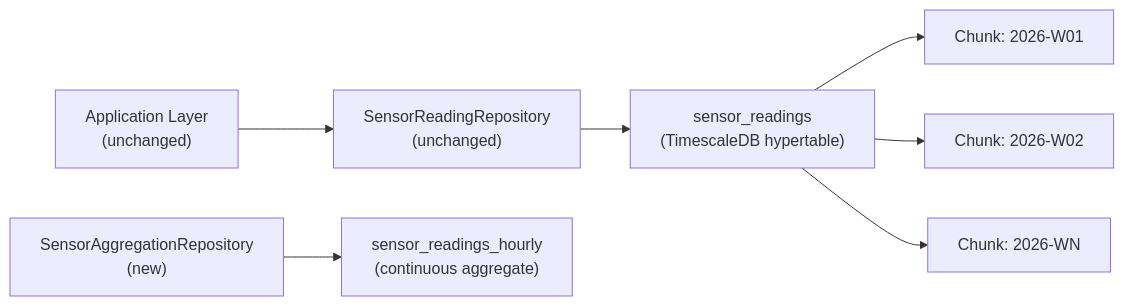
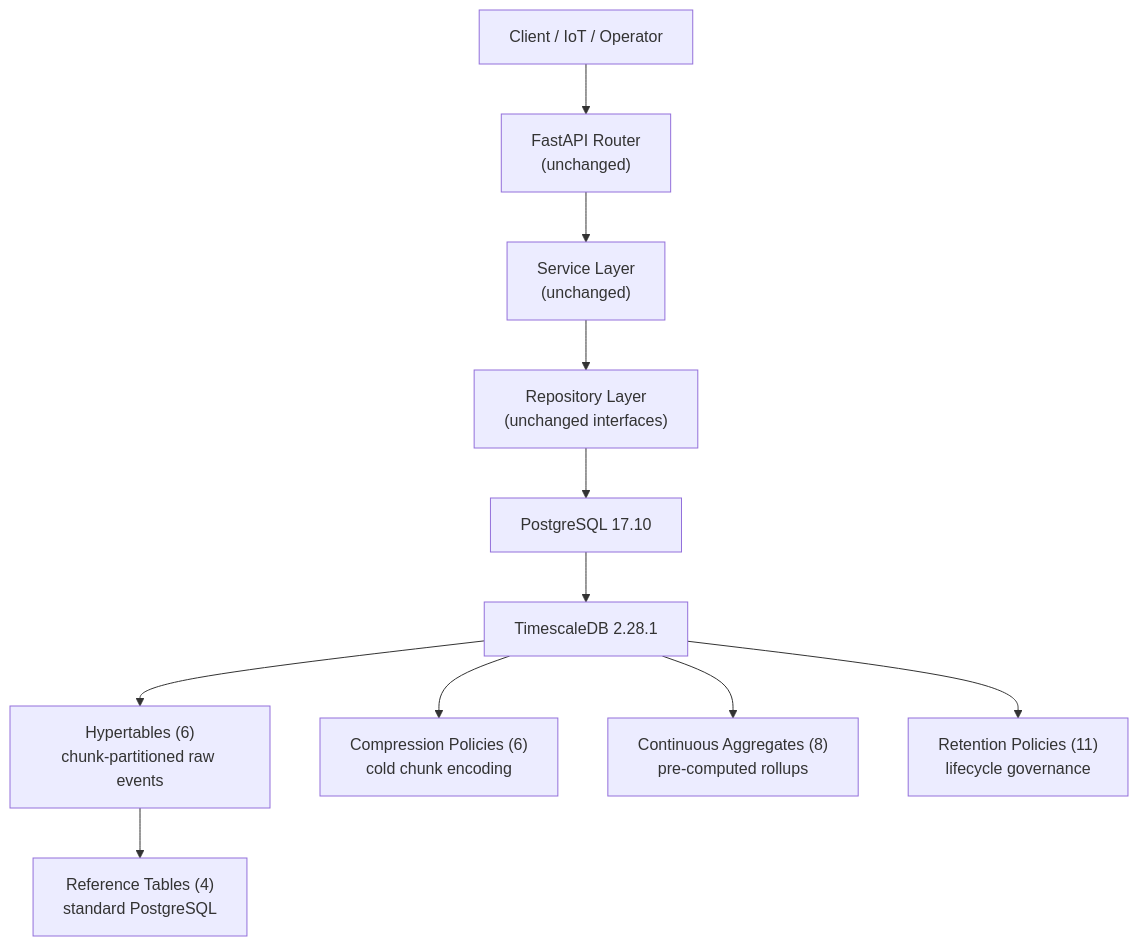
The seventh of 12 diagrams in docs/08-phase-architecture-handbook.md (santoshnarayanan/AGRIFLOW-AI), drawn with Mermaid before and after one commit. The commit also changed other lines of this file, not shown here.

Commit message:
Phase 12 - docs : phase archiecture document is updated for TimescaleDB

````diff
--- a/docs/08-phase-architecture-handbook.md
+++ b/docs/08-phase-architecture-handbook.md
@@ -1852,9 +1868,13 @@
 ```mermaid
-graph LR
-    App["Application Layer\n(unchanged)"] --> SensorReadingRepo["SensorReadingRepository\n(unchanged)"]
-    SensorReadingRepo --> HT["sensor_readings\n(TimescaleDB hypertable)"]
-    HT --> Chunk1["Chunk: 2026-W01"]
-    HT --> Chunk2["Chunk: 2026-W02"]
-    HT --> ChunkN["Chunk: 2026-WN"]
-    CA["SensorAggregationRepository\n(new)"] --> AGG["sensor_readings_hourly\n(continuous aggregate)"]
+graph TB
+    Client["Client / IoT / Operator"] --> API["FastAPI Router\n(unchanged)"]
+    API --> SVC["Service Layer\n(unchanged)"]
+    SVC --> REPO["Repository Layer\n(unchanged interfaces)"]
+    REPO --> PG["PostgreSQL 17.10"]
+    PG --> TS["TimescaleDB 2.28.1"]
+    TS --> HT["Hypertables (6)\nchunk-partitioned raw events"]
+    TS --> COMP["Compression Policies (6)\ncold chunk encoding"]
+    TS --> CA["Continuous Aggregates (8)\npre-computed rollups"]
+    TS --> RET["Retention Policies (11)\nlifecycle governance"]
+    HT --> REF["Reference Tables (4)\nstandard PostgreSQL"]
 ```
````
